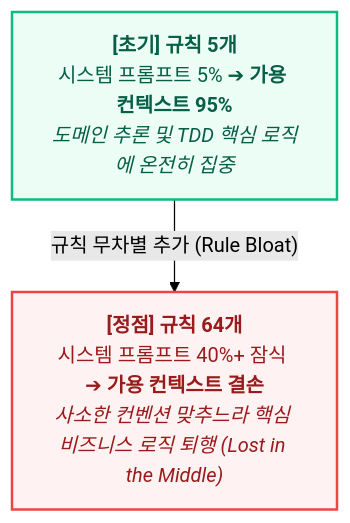
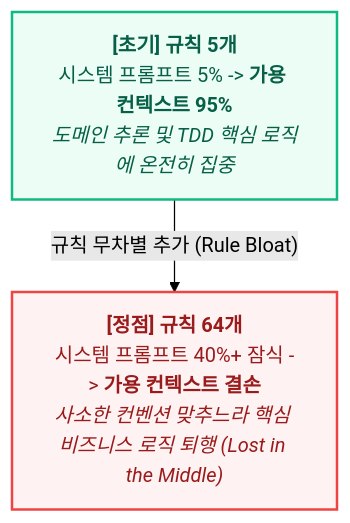
The first of 2 diagrams in _posts/tech/ai-agent-architecture/7 규칙이 64개나 있는데 왜 코드를 못 짜니.md (tomato-vault/tomato-vault.github.io), drawn with Mermaid (forest theme) before and after one commit. The commit also changed other lines of this file and 43 other files, not shown here.

````diff
--- a/_posts/tech/ai-agent-architecture/7 규칙이 64개나 있는데 왜 코드를 못 짜니.md
+++ b/_posts/tech/ai-agent-architecture/7 규칙이 64개나 있는데 왜 코드를 못 짜니.md
@@ -37,11 +37,11 @@
 ```mermaid
 flowchart TD
     classDef good fill:#ecfdf5,stroke:#10b981,stroke-width:2px,color:#065f46
     classDef bad fill:#fef2f2,stroke:#ef4444,stroke-width:2px,color:#991b1b
 
-    A["<b>[초기] 규칙 5개</b><br/>시스템 프롬프트 5% ➔ <b>가용 컨텍스트 95%</b><br/><i>도메인 추론 및 TDD 핵심 로직에 온전히 집중</i>"]:::good
+    A["<b>[초기] 규칙 5개</b><br/>시스템 프롬프트 5% -> <b>가용 컨텍스트 95%</b><br/><i>도메인 추론 및 TDD 핵심 로직에 온전히 집중</i>"]:::good
     
     A -->|"규칙 무차별 추가 (Rule Bloat)"| B
 
-    B["<b>[정점] 규칙 64개</b><br/>시스템 프롬프트 40%+ 잠식 ➔ <b>가용 컨텍스트 결손</b><br/><i>사소한 컨벤션 맞추느라 핵심 비즈니스 로직 퇴행 (Lost in the Middle)</i>"]:::bad
+    B["<b>[정점] 규칙 64개</b><br/>시스템 프롬프트 40%+ 잠식 -> <b>가용 컨텍스트 결손</b><br/><i>사소한 컨벤션 맞추느라 핵심 비즈니스 로직 퇴행 (Lost in the Middle)</i>"]:::bad
 ```
````
